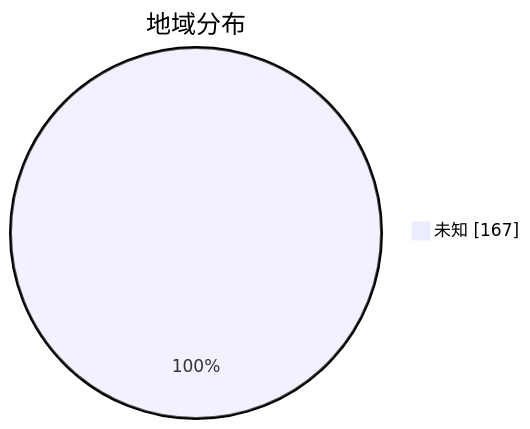
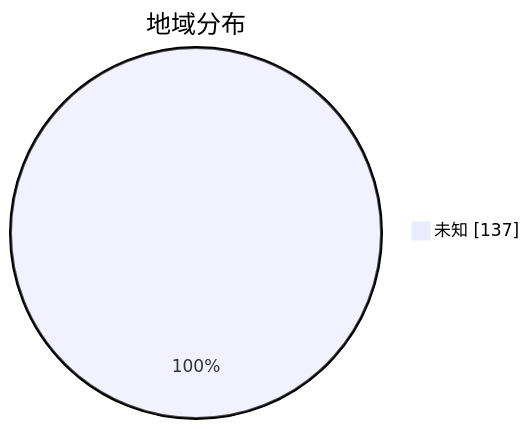
The second of 3 diagrams in subs/statistics/tested_within.md (qjlxg/airport), drawn with Mermaid before and after one commit. The commit also changed other lines of this file and 2 other files, not shown here.

````diff
--- a/subs/statistics/tested_within.md
+++ b/subs/statistics/tested_within.md
@@ -12,5 +11,5 @@
 ```mermaid
 pie showData
 title 地域分布
-"未知" : 167
+"未知" : 137
 ```
````
